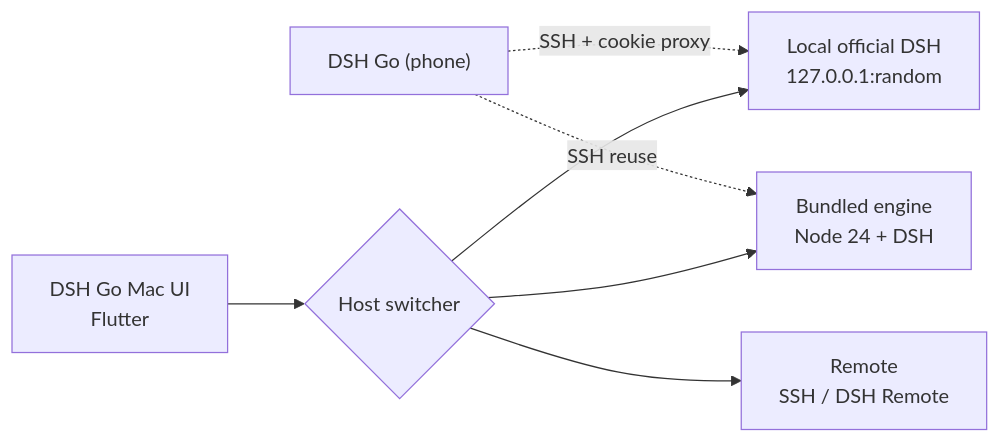
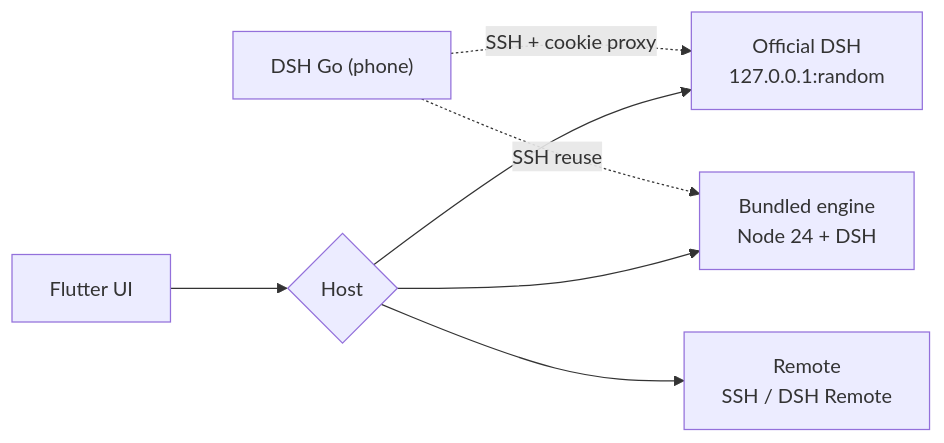
Before and after one commit to BillWGong/dsh-go-mac: the diagram in README.en.md, drawn with Mermaid. The commit also changed other lines of this file and 3 other files, not shown here.

First line of the commit message:
docs: README 重写为产品叙事——真实运行详情截图、克制版式、完整英文版

````diff
--- a/README.en.md
+++ b/README.en.md
@@ -129,9 +115,9 @@
 ```mermaid
 flowchart LR
-  UI["DSH Go Mac UI<br/>Flutter"] --> H{"Host switcher"}
-  H --> O["Local official DSH<br/>127.0.0.1:random"]
-  H --> B["Bundled engine<br/>Node 24 + DSH"]
-  H --> R["Remote<br/>SSH / DSH Remote"]
+  UI["Flutter UI"] --> S{"Host"}
+  S --> O["Official DSH<br/>127.0.0.1:random"]
+  S --> B["Bundled engine<br/>Node 24 + DSH"]
+  S --> R["Remote<br/>SSH / DSH Remote"]
   P["DSH Go (phone)"] -. "SSH reuse" .-> B
   P -. "SSH + cookie proxy" .-> O
 ```
````
